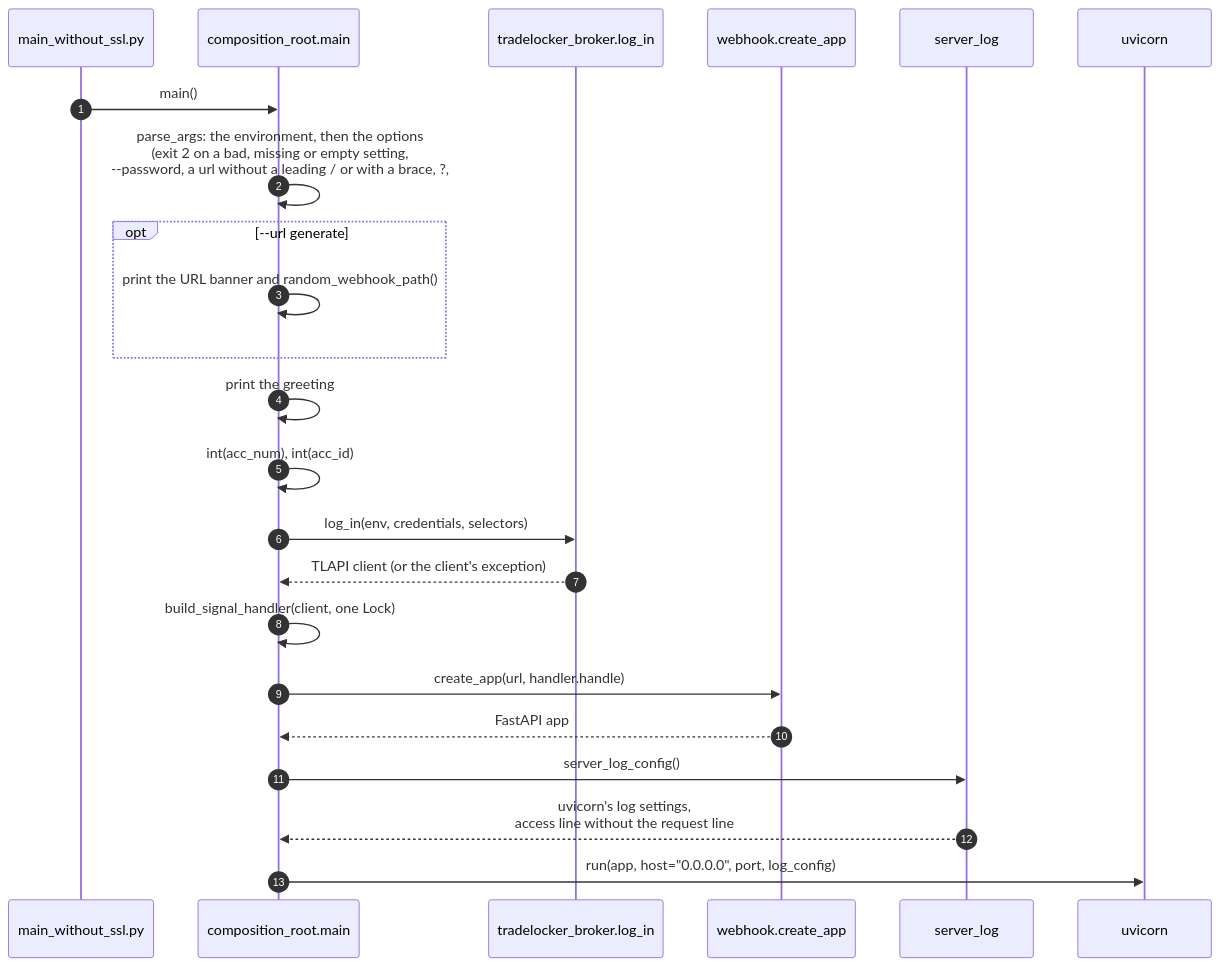
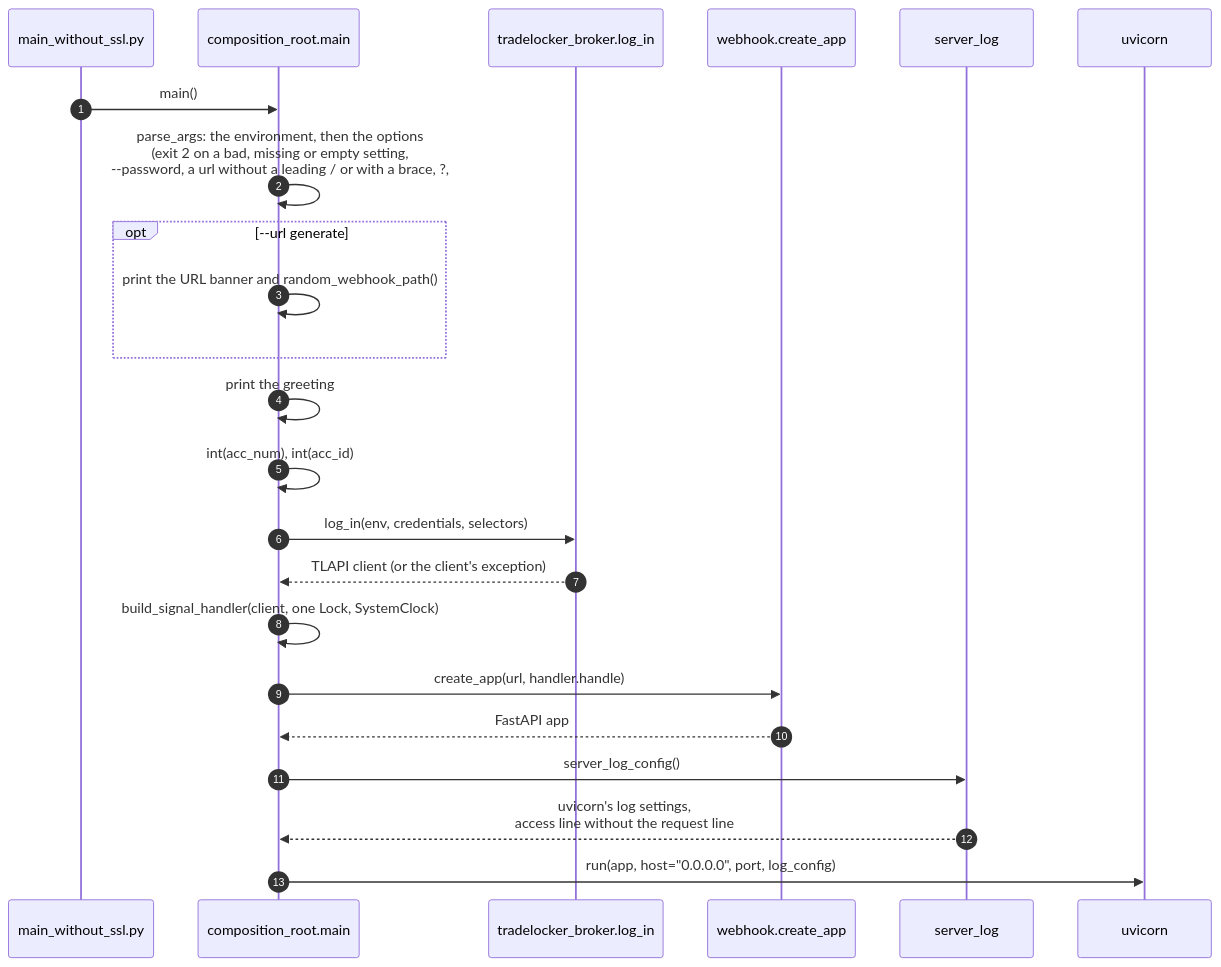
Before and after one commit to Akinzou/TradeLockerBot: the second of 6 diagrams in docs/architecture.md, drawn with Mermaid. The commit also changed other lines of this file and 17 other files, not shown here.

````diff
--- a/docs/architecture.md
+++ b/docs/architecture.md
@@ -95,25 +97,25 @@
 ```mermaid
 sequenceDiagram
     autonumber
     participant EP as main_without_ssl.py
     participant CR as composition_root.main
     participant TB as tradelocker_broker.log_in
     participant WH as webhook.create_app
     participant SL as server_log
     participant U as uvicorn
     EP->>CR: main()
     CR->>CR: parse_args: the environment, then the options<br/>(exit 2 on a bad, missing or empty setting,<br/>--password, a url without a leading / or with a brace, ?, # or %)
     opt --url generate
         CR->>CR: print the URL banner and random_webhook_path()
     end
     CR->>CR: print the greeting
     CR->>CR: int(acc_num), int(acc_id)
     CR->>TB: log_in(env, credentials, selectors)
     TB-->>CR: TLAPI client (or the client's exception)
-    CR->>CR: build_signal_handler(client, one Lock)
+    CR->>CR: build_signal_handler(client, one Lock, SystemClock)
     CR->>WH: create_app(url, handler.handle)
     WH-->>CR: FastAPI app
     CR->>SL: server_log_config()
     SL-->>CR: uvicorn's log settings,<br/>access line without the request line
     CR->>U: run(app, host="0.0.0.0", port, log_config)
 ```
````
